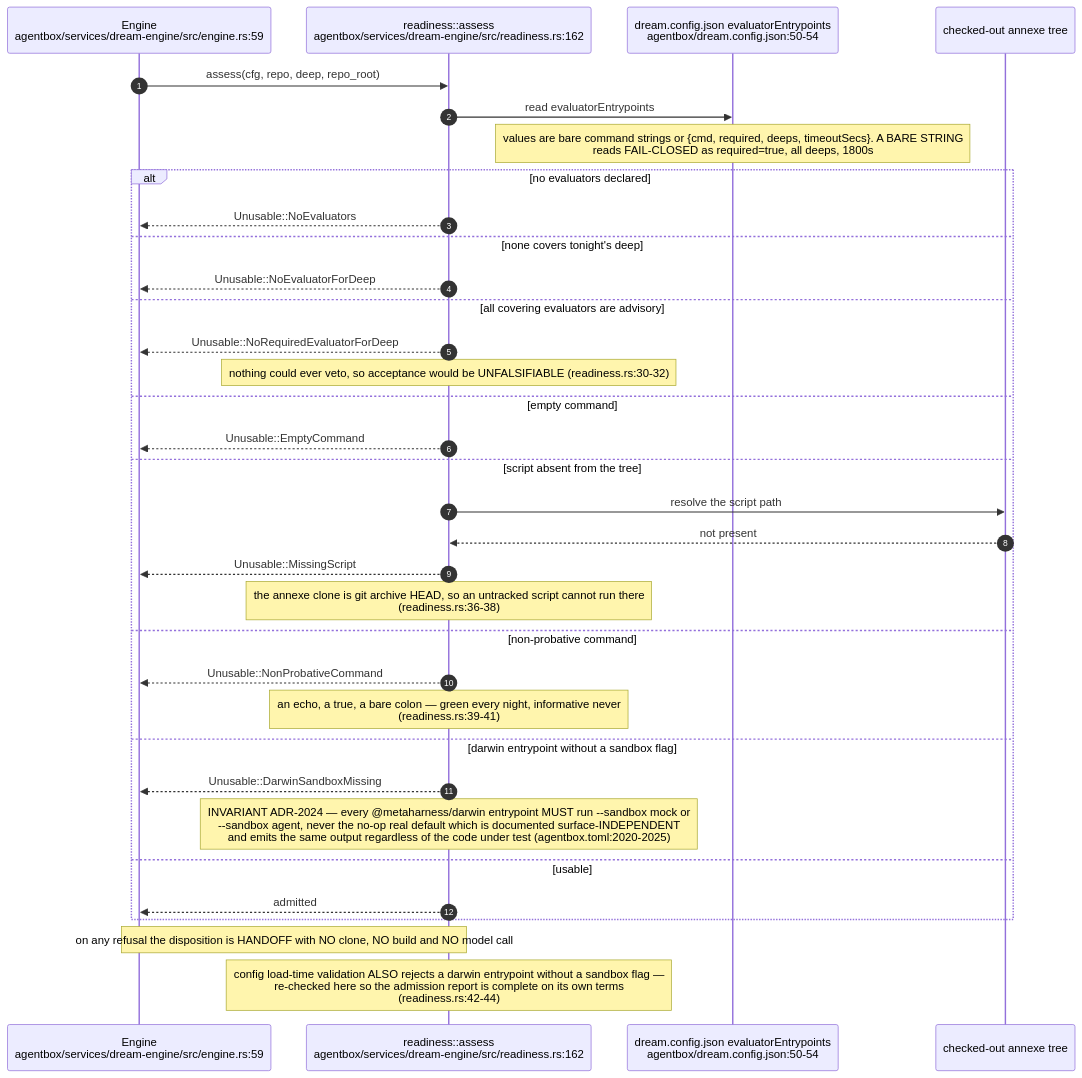
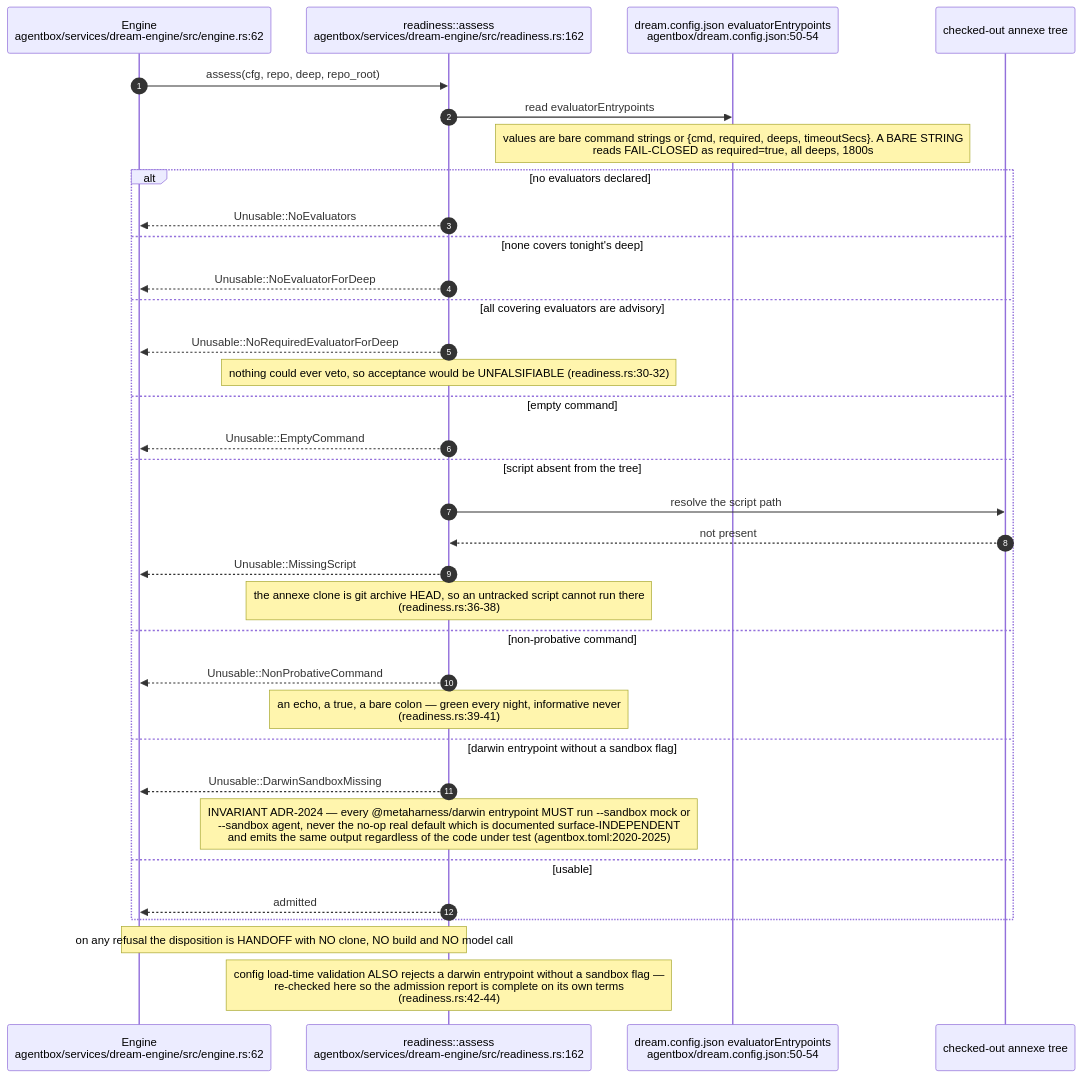
The third of 18 diagrams in docs/diagrams/agentbox/23-dream-engine.md (DreamLab-AI/VisionFlow), drawn with Mermaid before and after one commit. The commit also changed other lines of this file and 136 other files, not shown here.

First line of the commit message:
docs(diagrams): refresh the whole corpus to code HEAD and prune low-value diagrams

````diff
--- a/docs/diagrams/agentbox/23-dream-engine.md
+++ b/docs/diagrams/agentbox/23-dream-engine.md
@@ -144,37 +171,37 @@
 ```mermaid
 sequenceDiagram
     autonumber
-    participant ENG as Engine<br/>agentbox/services/dream-engine/src/engine.rs:59
+    participant ENG as Engine<br/>agentbox/services/dream-engine/src/engine.rs:62
     participant RDY as readiness::assess<br/>agentbox/services/dream-engine/src/readiness.rs:162
     participant CFG as dream.config.json evaluatorEntrypoints<br/>agentbox/dream.config.json:50-54
     participant TREE as checked-out annexe tree
 
     ENG->>RDY: assess(cfg, repo, deep, repo_root)
     RDY->>CFG: read evaluatorEntrypoints
     Note over CFG: values are bare command strings or {cmd, required, deeps, timeoutSecs}. A BARE STRING<br/>reads FAIL-CLOSED as required=true, all deeps, 1800s
     alt no evaluators declared
         RDY-->>ENG: Unusable::NoEvaluators
     else none covers tonight's deep
         RDY-->>ENG: Unusable::NoEvaluatorForDeep
     else all covering evaluators are advisory
         RDY-->>ENG: Unusable::NoRequiredEvaluatorForDeep
         Note over RDY: nothing could ever veto, so acceptance would be UNFALSIFIABLE (readiness.rs:30-32)
     else empty command
         RDY-->>ENG: Unusable::EmptyCommand
     else script absent from the tree
         RDY->>TREE: resolve the script path
         TREE-->>RDY: not present
         RDY-->>ENG: Unusable::MissingScript
         Note over RDY: the annexe clone is git archive HEAD, so an untracked script cannot run there<br/>(readiness.rs:36-38)
     else non-probative command
         RDY-->>ENG: Unusable::NonProbativeCommand
         Note over RDY: an echo, a true, a bare colon — green every night, informative never<br/>(readiness.rs:39-41)
     else darwin entrypoint without a sandbox flag
         RDY-->>ENG: Unusable::DarwinSandboxMissing
         Note over RDY: INVARIANT ADR-2024 — every @metaharness/darwin entrypoint MUST run --sandbox mock or<br/>--sandbox agent, never the no-op real default which is documented surface-INDEPENDENT<br/>and emits the same output regardless of the code under test (agentbox.toml:2020-2025)
     else usable
         RDY-->>ENG: admitted
     end
     Note over ENG,RDY: on any refusal the disposition is HANDOFF with NO clone, NO build and NO model call
     Note over RDY: config load-time validation ALSO rejects a darwin entrypoint without a sandbox flag —<br/>re-checked here so the admission report is complete on its own terms<br/>(readiness.rs:42-44)
 ```
````
